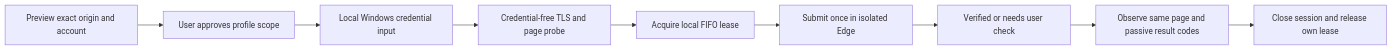
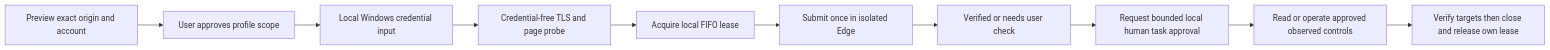
Before and after one commit to YSheldon/ai-productivity-plugins: the diagram in docs/remotex-showcase.md, drawn with Mermaid. The commit also changed other lines of this file and 50 other files, not shown here.

First line of the commit message:
RemoteX 0.6.0: human-approved web buttons and business workflows (#44)

````diff
--- a/docs/remotex-showcase.md
+++ b/docs/remotex-showcase.md
@@ -55,11 +55,12 @@
 ```mermaid
 flowchart LR
     A[Preview exact origin and account] --> B[User approves profile scope]
     B --> C[Local Windows credential input]
     C --> D[Credential-free TLS and page probe]
     D --> E[Acquire local FIFO lease]
     E --> F[Submit once in isolated Edge]
     F --> G[Verified or needs user check]
-    G --> H[Observe same page and passive result codes]
-    H --> I[Close session and release own lease]
+    G --> H[Request bounded local human task approval]
+    H --> J[Read or operate approved observed controls]
+    J --> I[Verify targets then close and release own lease]
 ```
````
